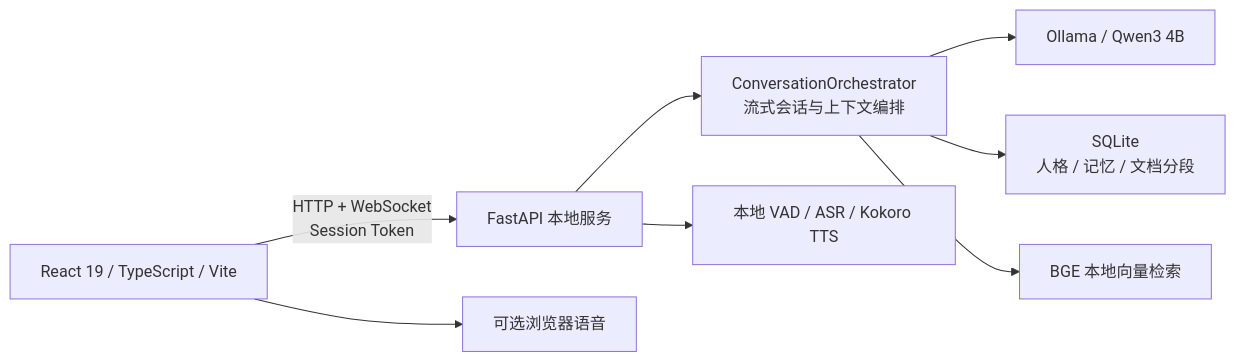
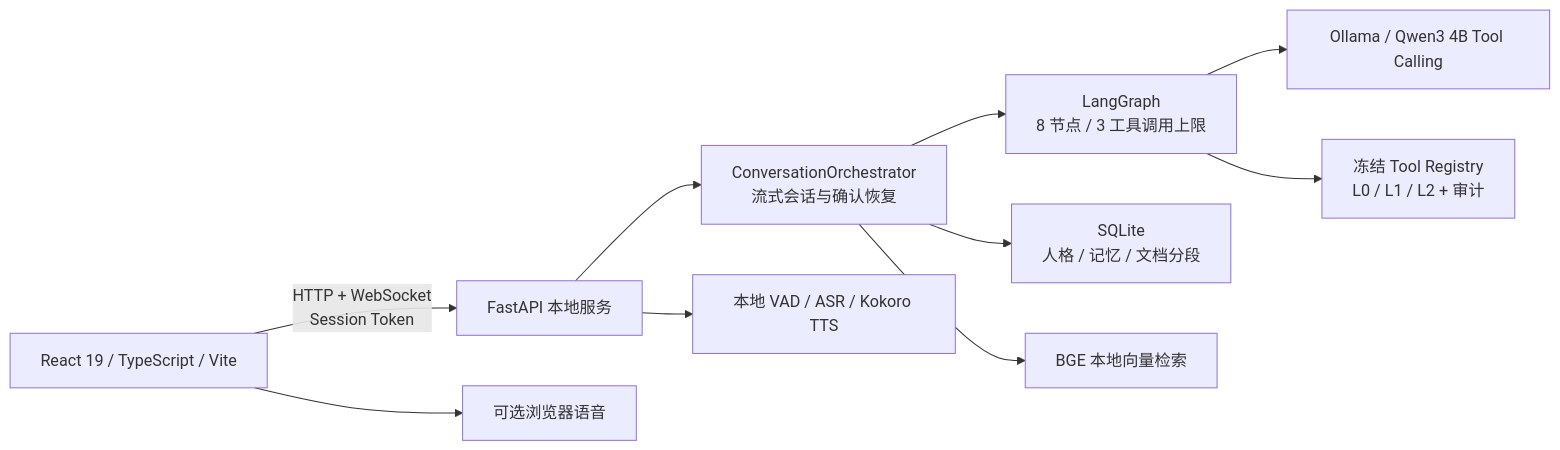
The diagram in README.md (Dtwwwww/VoxAgent), drawn with Mermaid before and after one commit. The commit also changed other lines of this file and 3 other files, not shown here.

````diff
--- a/README.md
+++ b/README.md
@@ -20,10 +21,12 @@
 ```mermaid
 flowchart LR
     UI[React 19 / TypeScript / Vite] -->|HTTP + WebSocket<br/>Session Token| API[FastAPI 本地服务]
-    API --> ORCH[ConversationOrchestrator<br/>流式会话与上下文编排]
-    ORCH --> LLM[Ollama / Qwen3 4B]
+    API --> ORCH[ConversationOrchestrator<br/>流式会话与确认恢复]
+    ORCH --> AGENT[LangGraph<br/>8 节点 / 3 工具调用上限]
+    AGENT --> LLM[Ollama / Qwen3 4B Tool Calling]
+    AGENT --> TOOLS[冻结 Tool Registry<br/>L0 / L1 / L2 + 审计]
     ORCH --> DATA[SQLite<br/>人格 / 记忆 / 文档分段]
     ORCH --> RAG[BGE 本地向量检索]
     UI --> BROWSER[可选浏览器语音]
     API --> SPEECH[本地 VAD / ASR / Kokoro TTS]
 ```
````
